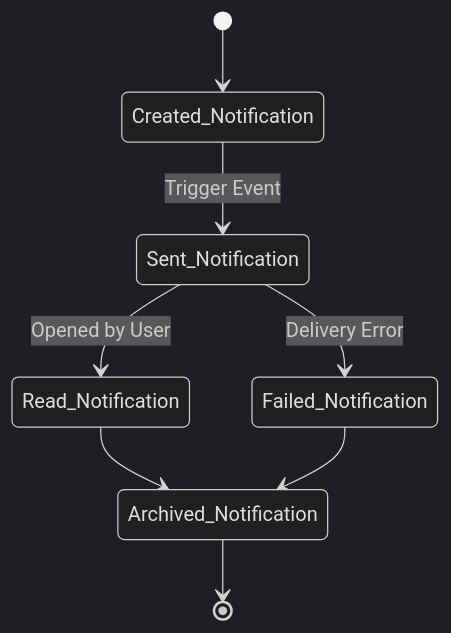
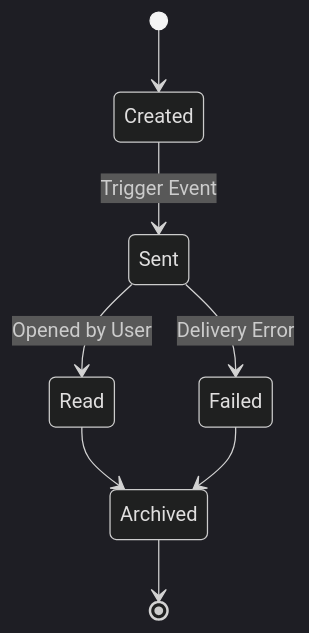
The fourth of 8 diagrams in State Transition Diagrams.md (glory-kasongo-03/Doctor_appointment_booking_system), drawn with Mermaid (dark theme) before and after one commit. The commit also changed other lines of this file, not shown here.

Commit message:
Update State Transition Diagrams.md

````diff
--- a/State Transition Diagrams.md
+++ b/State Transition Diagrams.md
@@ -43,11 +40,10 @@
 ```mermaid
 stateDiagram-v2
-    %% Initial state
-    [*] --> Created_Notification
-    Created_Notification --> Sent_Notification : Trigger Event
-    Sent_Notification --> Read_Notification : Opened by User
-    Sent_Notification --> Failed_Notification : Delivery Error
-    Read_Notification --> Archived_Notification
-    Failed_Notification --> Archived_Notification
-    Archived_Notification --> [*]
+    [*] --> Created
+    Created --> Sent : Trigger Event
+    Sent --> Read : Opened by User
+    Sent --> Failed : Delivery Error
+    Read --> Archived
+    Failed --> Archived
+    Archived --> [*]
 ```
````
